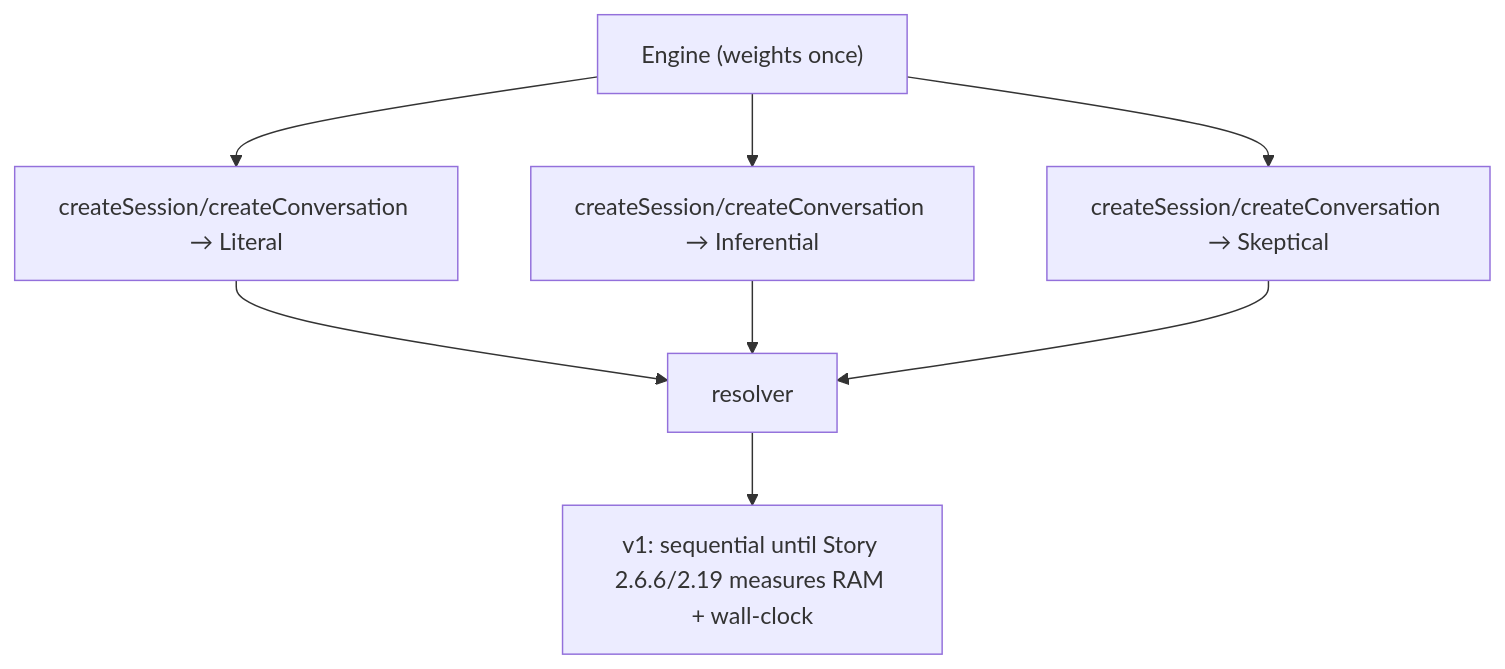
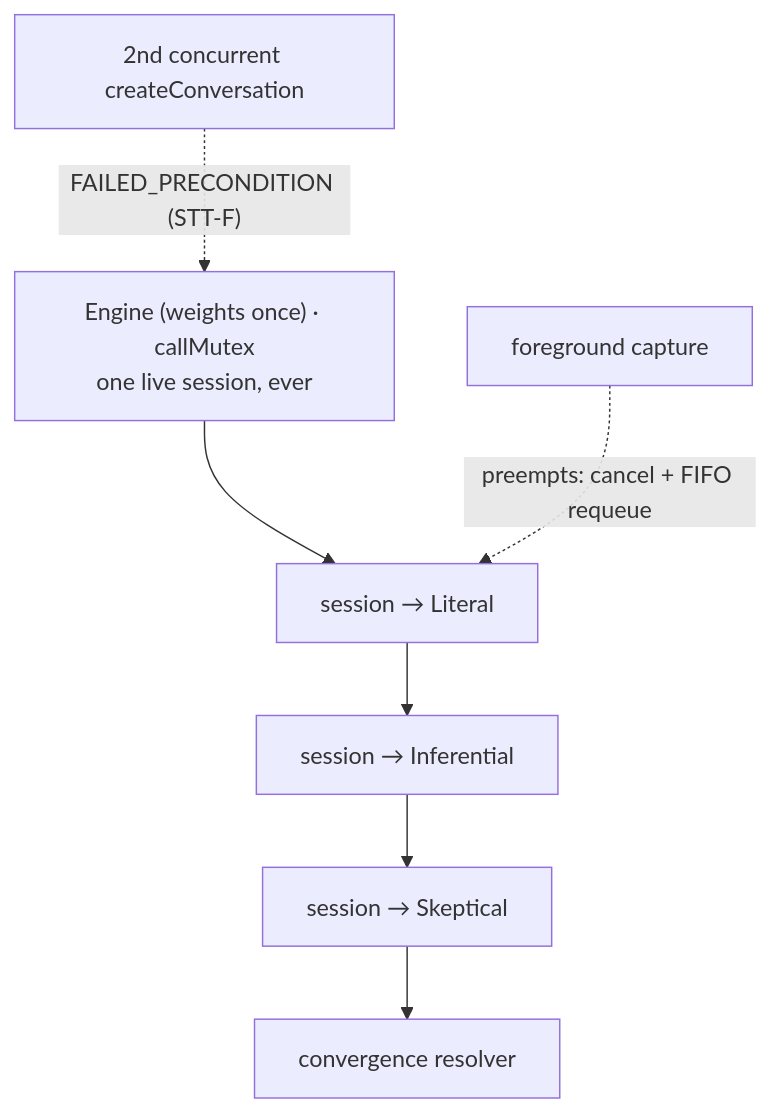
One commit to anchildress1/vestige changed the fourth of 10 diagrams in docs/diagrams/adr-decisions.md. Above: the diagram before and after it, drawn with Mermaid. The commit also changed other lines of this file and 19 other files, not shown here.

First line of the commit message:
docs: align diagram atlas, stories, README & spec docs to implementation (#62)

````diff
--- a/docs/diagrams/adr-decisions.md
+++ b/docs/diagrams/adr-decisions.md
@@ -176,13 +205,12 @@
 ```mermaid
 flowchart TD
-    accTitle: ADR-008 concurrent multi-context lens execution (corrected 2026-05-16)
-    accDescr: One engine loads weights once. Three independent contexts created via Engine.createSession or createConversation each compose their own prefix plus the Literal, Inferential, or Skeptical suffix and feed the resolver. No session cloning and no copy-on-write shared prefix. A single GPU serializes at the command queue so the benefit is non-blocking foreground preemption, not a literal threefold speedup. v1 ships sequential until measured.
+    accTitle: ADR-008 reversed — single-session sequential 3-lens
+    accDescr: One engine holds weights and exactly one live session guarded by callMutex. A second concurrent createConversation throws FAILED_PRECONDITION, so the three lenses run sequentially Literal then Inferential then Skeptical against the one session, each feeding the convergence resolver. A foreground capture preempts an in-flight background lens by cancelling and requeuing it FIFO rather than running concurrently.
 
-    Eng["Engine (weights once)"] --> C1["createSession/createConversation → Literal"]
-    Eng --> C2["createSession/createConversation → Inferential"]
-    Eng --> C3["createSession/createConversation → Skeptical"]
-    C1 --> R["resolver"]
-    C2 --> R
-    C3 --> R
-    R --> V["v1: sequential until Story 2.6.6/2.19 measures RAM + wall-clock"]
+    Eng["Engine (weights once) · callMutex<br/>one live session, ever"] --> C1["session → Literal"]
+    C1 --> C2["session → Inferential"]
+    C2 --> C3["session → Skeptical"]
+    C3 --> R["convergence resolver"]
+    X["2nd concurrent createConversation"] -. "FAILED_PRECONDITION (STT-F)" .-> Eng
+    FG["foreground capture"] -. "preempts: cancel + FIFO requeue" .-> C1
 ```
````
